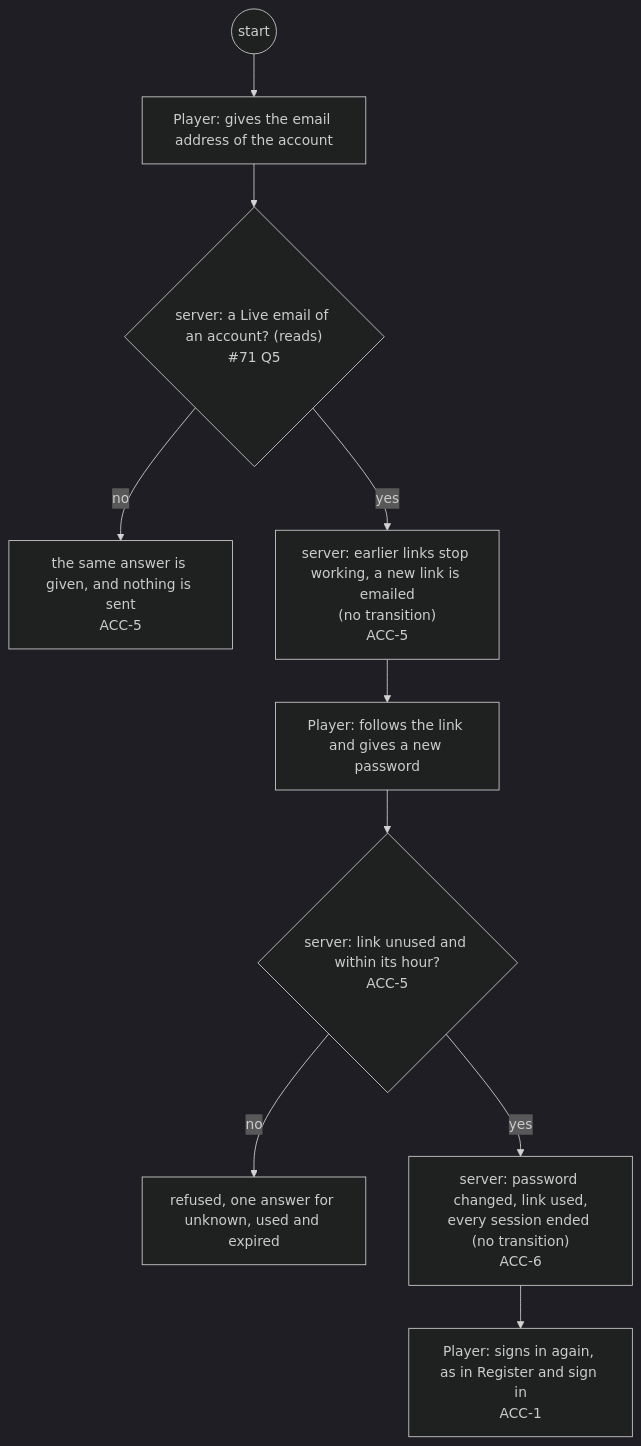
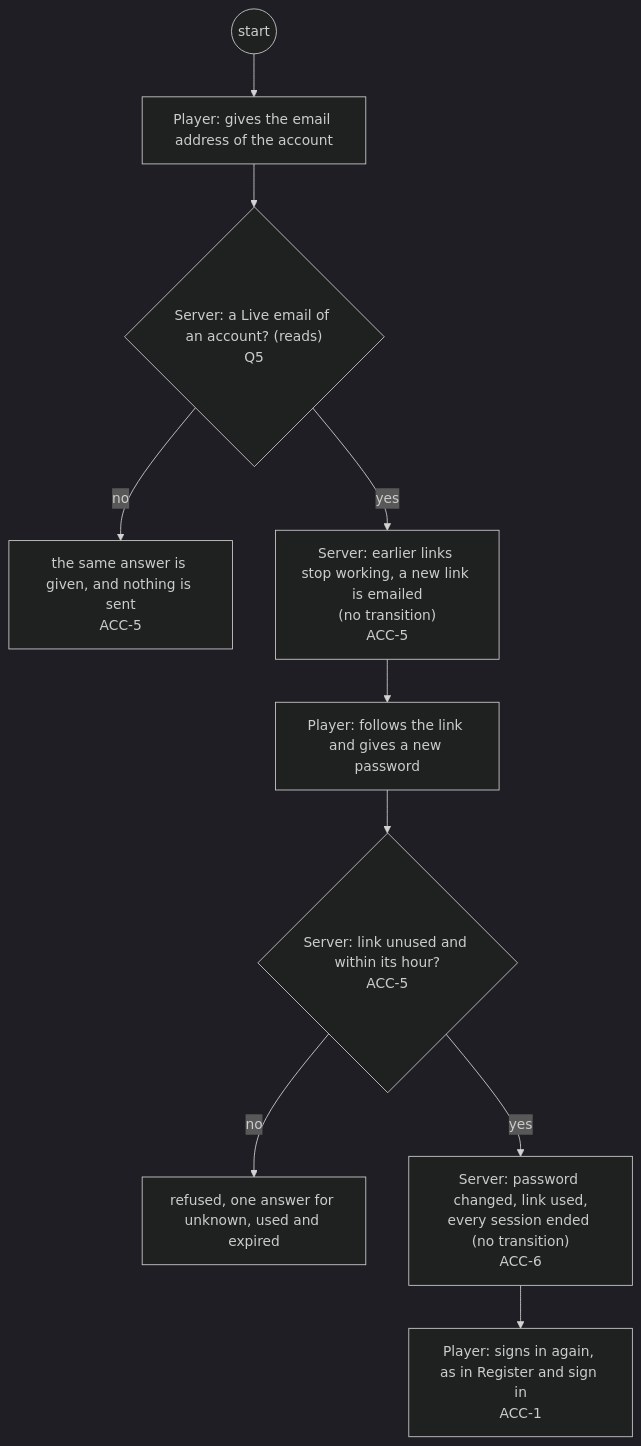
The sixth of 29 diagrams in docs/changes/workstreams/application-game-architecture/71-one-game-model/71-functional.md (delphside/programme), drawn with Mermaid (dark theme) before and after one commit. The commit also changed other lines of this file, not shown here.

First line of the commit message:
app 0.9.2 api 2.16: 71: questions get headings Q1 to Q15; Server capitalised as an actor

````diff
--- a/docs/changes/workstreams/application-game-architecture/71-one-game-model/71-functional.md
+++ b/docs/changes/workstreams/application-game-architecture/71-one-game-model/71-functional.md
@@ -156,12 +157,12 @@
 ```mermaid
 flowchart TD
   s0((start)) --> p1["Player: gives the email address of the account"]
-  p1 --> v2{"server: a Live email of an account? (reads)<br/>#71 Q5"}
+  p1 --> v2{"Server: a Live email of an account? (reads)<br/>Q5"}
   v2 -- no --> a1["the same answer is given, and nothing is sent<br/>ACC-5"]
-  v2 -- yes --> t1["server: earlier links stop working, a new link is emailed<br/>(no transition)<br/>ACC-5"]
+  v2 -- yes --> t1["Server: earlier links stop working, a new link is emailed<br/>(no transition)<br/>ACC-5"]
   t1 --> p2["Player: follows the link and gives a new password"]
-  p2 --> v3{"server: link unused and within its hour?<br/>ACC-5"}
+  p2 --> v3{"Server: link unused and within its hour?<br/>ACC-5"}
   v3 -- no --> r2["refused, one answer for unknown, used and expired"]
-  v3 -- yes --> t2["server: password changed, link used,<br/>every session ended (no transition)<br/>ACC-6"]
+  v3 -- yes --> t2["Server: password changed, link used,<br/>every session ended (no transition)<br/>ACC-6"]
   t2 --> p3["Player: signs in again, as in Register and sign in<br/>ACC-1"]
 ```
````
